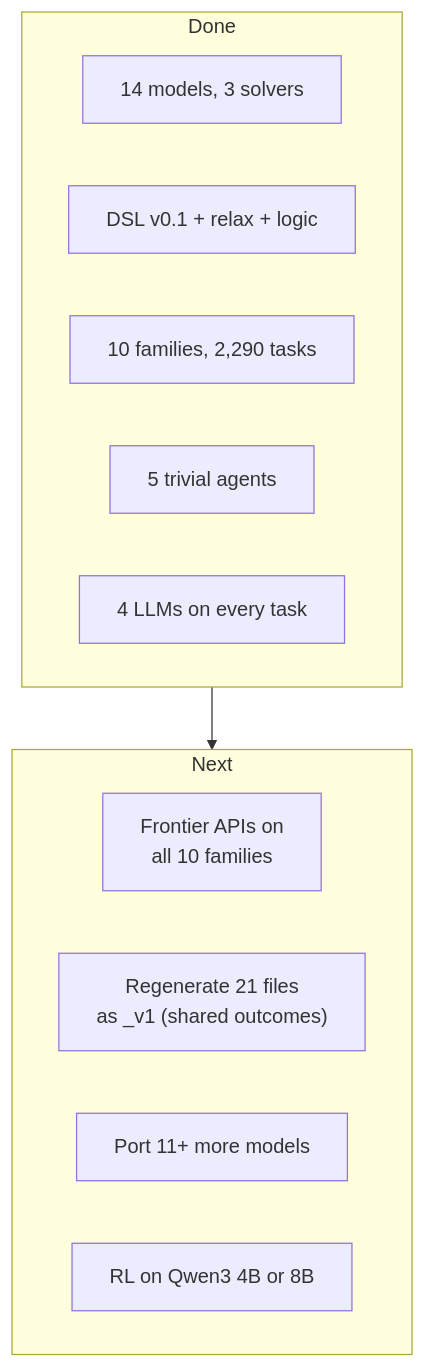
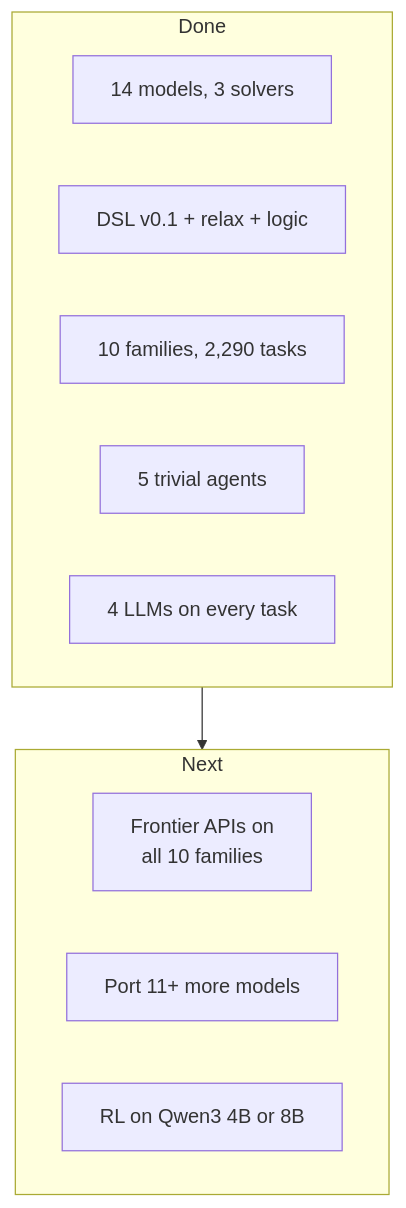
Diagram 12 of 12 in README.md (aptgetnitin/whatifgym), drawn with Mermaid before and after one commit. The commit also changed other lines of this file and 30 other files, not shown here.

First line of the commit message:
Remove shared outcomes (_v1 files); pass-rate filter and held-out models for GRPO

````diff
--- a/README.md
+++ b/README.md
@@ -637,19 +637,18 @@
 ```mermaid
 flowchart TB
     subgraph D["Done"]
         direction LR
         D1["14 models, 3 solvers"]
         D2["DSL v0.1 + relax + logic"]
         D3["10 families, 2,290 tasks"]
         D4["5 trivial agents"]
         D5["4 LLMs on every task"]
     end
     subgraph X["Next"]
         direction LR
         X1["Frontier APIs on<br/>all 10 families"]
-        X2["Regenerate 21 files<br/>as _v1 (shared outcomes)"]
         X4["Port 11+ more models"]
         X5["RL on Qwen3 4B or 8B"]
     end
     D --> X
 ```
````
